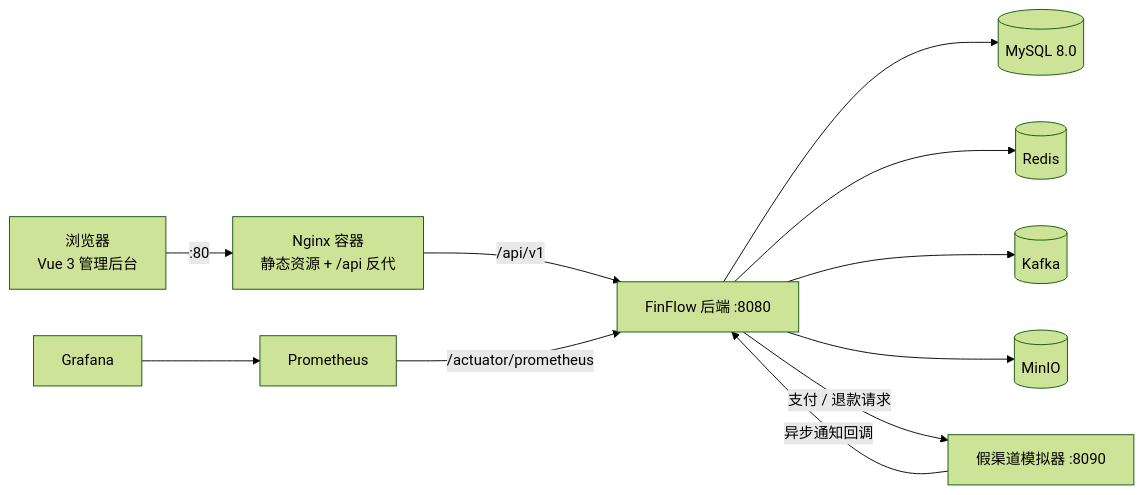
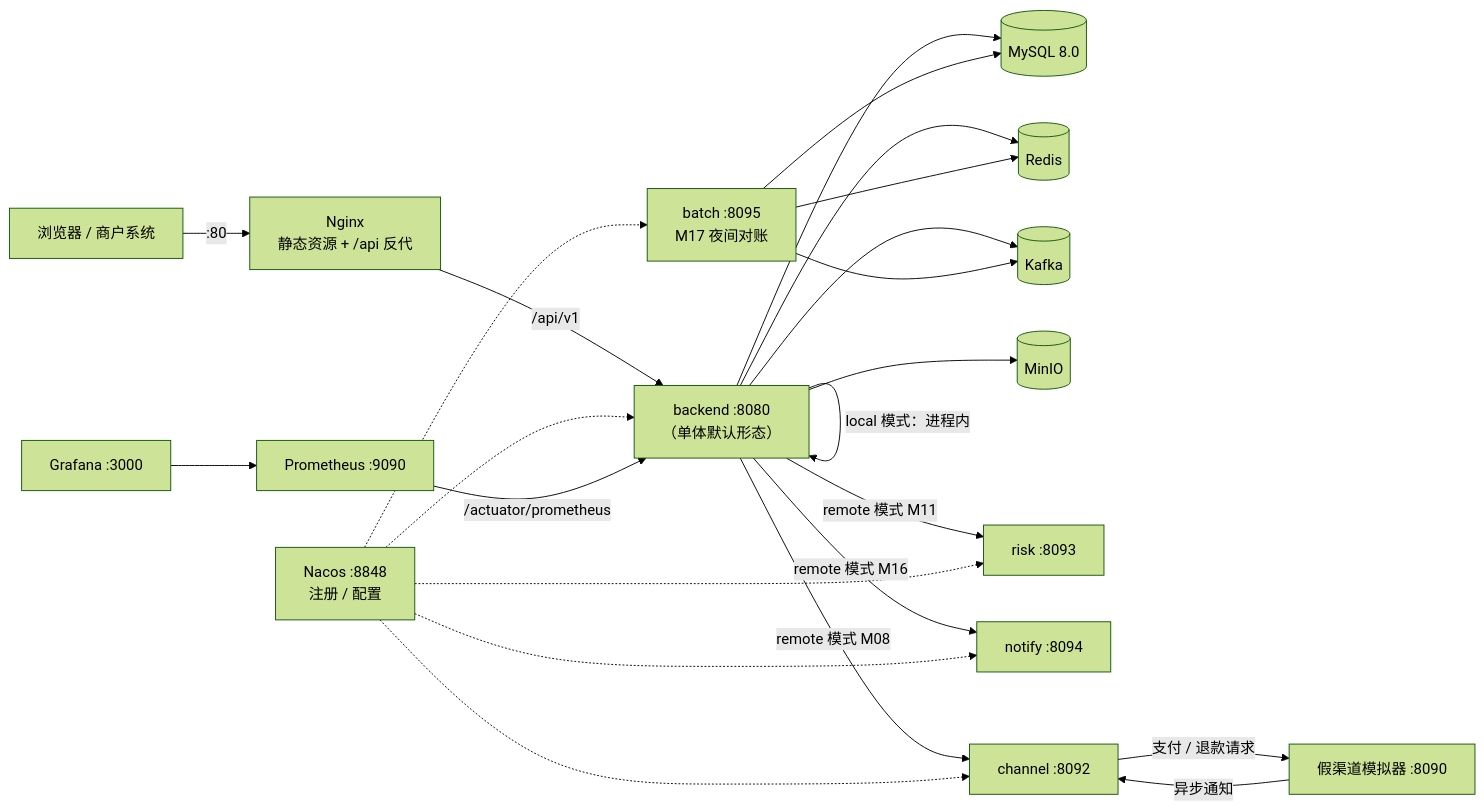
One commit to sosjdisj/finflow-platform changed the diagram in README.md. Above: the diagram before and after it, drawn with Mermaid (forest theme). The commit also changed other lines of this file and 3 other files, not shown here.

````diff
--- a/README.md
+++ b/README.md
@@ -25,15 +28,29 @@
 ```mermaid
 flowchart LR
-  U["浏览器<br/>Vue 3 管理后台"] -->|":80"| NG["Nginx 容器<br/>静态资源 + /api 反代"]
-  NG -->|"/api/v1"| APP["FinFlow 后端 :8080"]
+  U["浏览器 / 商户系统"] -->|":80"| NG["Nginx<br/>静态资源 + /api 反代"]
+  NG -->|"/api/v1"| APP["backend :8080<br/>（单体默认形态）"]
 
   APP --> DB[("MySQL 8.0")]
   APP --> RD[("Redis")]
   APP --> KF[("Kafka")]
   APP --> MO[("MinIO")]
-  APP -->|"支付 / 退款请求"| FC["假渠道模拟器 :8090"]
-  FC -->|"异步通知回调"| APP
+  APP -->|"local 模式：进程内"| APP
 
-  PROM["Prometheus"] -->|"/actuator/prometheus"| APP
-  GRAF["Grafana"] --> PROM
+  APP -->|"remote 模式 M08"| CH["channel :8092"]
+  APP -->|"remote 模式 M11"| RK["risk :8093"]
+  APP -->|"remote 模式 M16"| NT["notify :8094"]
+  BAT["batch :8095<br/>M17 夜间对账"] --> DB
+  BAT --> RD
+  BAT --> KF
+
+  CH -->|"支付 / 退款请求"| FC["假渠道模拟器 :8090"]
+  FC -->|"异步通知"| CH
+
+  NACOS["Nacos :8848<br/>注册 / 配置"] -.-> APP
+  NACOS -.-> CH
+  NACOS -.-> RK
+  NACOS -.-> NT
+  NACOS -.-> BAT
+  PROM["Prometheus :9090"] -->|"/actuator/prometheus"| APP
+  GRAF["Grafana :3000"] --> PROM
 ```
````
